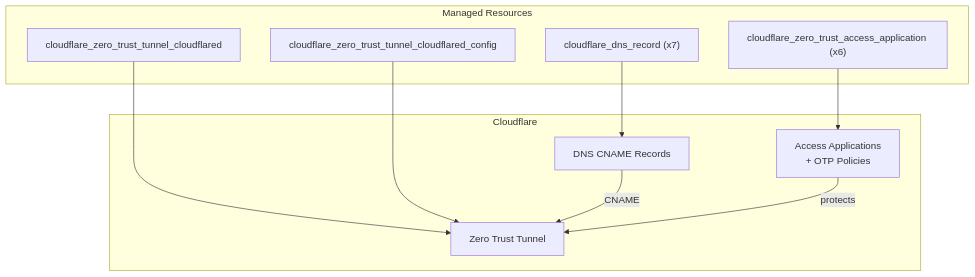
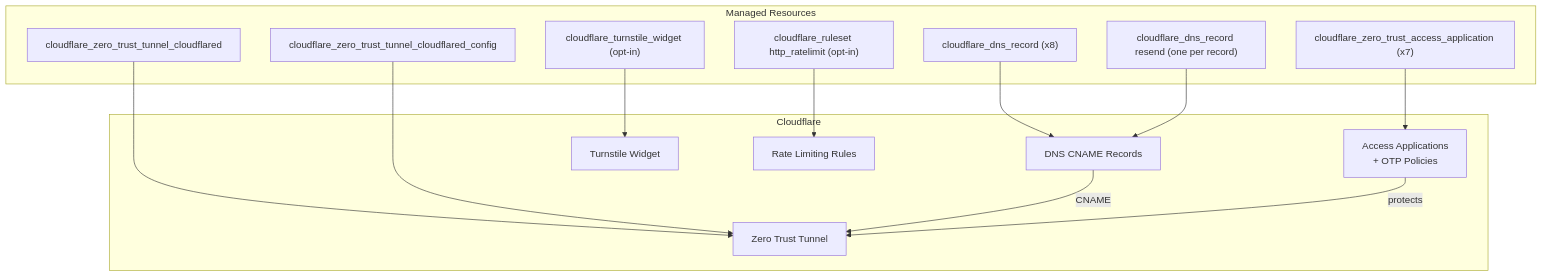
One commit to danielpsf/homelab changed the fourth of 4 diagrams in README.md. Above: the diagram before and after it, drawn with Mermaid. The commit also changed other lines of this file, not shown here.

Commit message:
docs: add tolon-poll to the diagrams, services and Terraform sections

````diff
--- a/README.md
+++ b/README.md
@@ -145,23 +152,31 @@
 ```mermaid
 graph TD
     subgraph Cloudflare
         TUNNEL[Zero Trust Tunnel]
         DNS[DNS CNAME Records]
         ACCESS[Access Applications<br/>+ OTP Policies]
+        TURN[Turnstile Widget]
+        WAF[Rate Limiting Rules]
     end
 
     subgraph Managed Resources
         R1[cloudflare_zero_trust_tunnel_cloudflared]
         R2[cloudflare_zero_trust_tunnel_cloudflared_config]
-        R3["cloudflare_dns_record (x7)"]
-        R4["cloudflare_zero_trust_access_application (x6)"]
+        R3["cloudflare_dns_record (x8)"]
+        R4["cloudflare_zero_trust_access_application (x7)"]
+        R5["cloudflare_dns_record resend (one per record)"]
+        R6["cloudflare_turnstile_widget (opt-in)"]
+        R7["cloudflare_ruleset http_ratelimit (opt-in)"]
     end
 
     R1 --> TUNNEL
     R2 --> TUNNEL
     R3 --> DNS
     R4 --> ACCESS
+    R5 --> DNS
+    R6 --> TURN
+    R7 --> WAF
 
     DNS -->|CNAME| TUNNEL
     ACCESS -->|protects| TUNNEL
 ```
````
